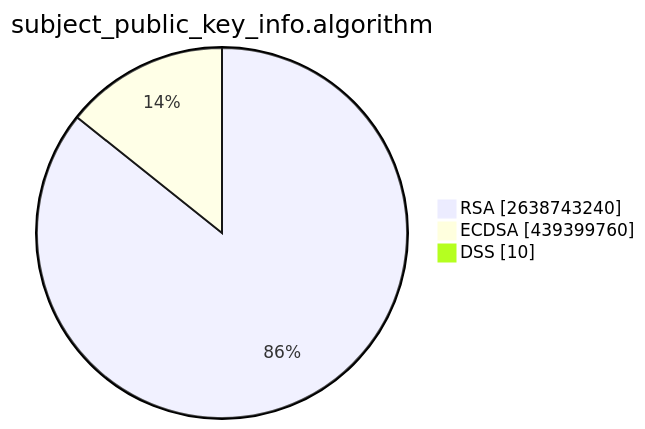
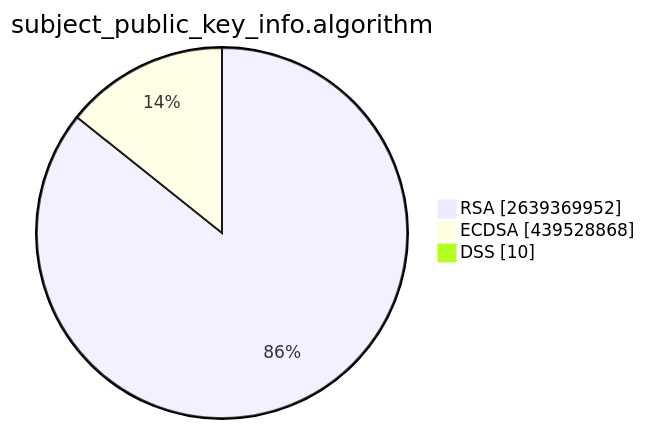
One commit to christiankrug/ctmonitor_visualization changed the second of 15 diagrams in TOTAL/README.md. Above: the diagram before and after it, drawn with Mermaid. The commit also changed other lines of this file, not shown here.

````diff
--- a/TOTAL/README.md
+++ b/TOTAL/README.md
@@ -6,7 +6,7 @@
 ```mermaid
 pie showData
 title subject_public_key_info.algorithm
-"RSA" :2638743240
-"ECDSA" :439399760
+"RSA" :2639369952
+"ECDSA" :439528868
 "DSS" :10
 ```
````
